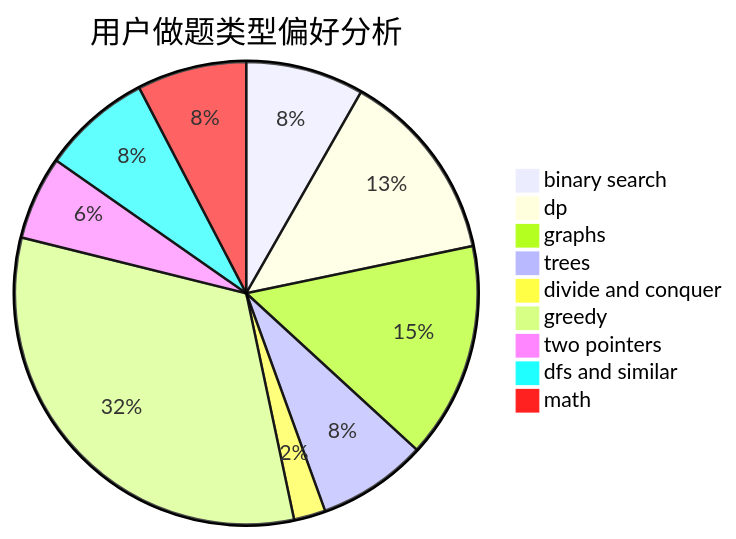
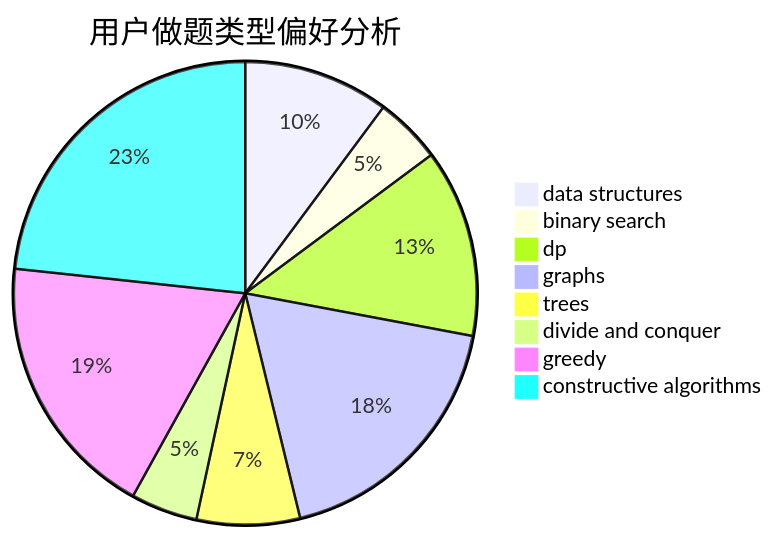
The second of 3 diagrams in docs/user/u1014.md (sherpahu/cfrs.github.io), drawn with Mermaid before and after one commit. The commit also changed other lines of this file and 2775 other files, not shown here.

````diff
--- a/docs/user/u1014.md
+++ b/docs/user/u1014.md
@@ -23,12 +23,11 @@
 ```mermaid
 pie title 用户做题类型偏好分析
-    "binary search" :  41
-    "dp" :  67
-    "graphs" :  75
-    "trees" :  38
+    "data structures" :  24
+    "binary search" :  11
+    "dp" :  31
+    "graphs" :  43
+    "trees" :  17
     "divide and conquer" :  11
-    "greedy" :  160
-    "two pointers" :  29
-    "dfs and similar" :  38
-    "math" :  38
+    "greedy" :  44
+    "constructive algorithms" :  55
 ```
````
